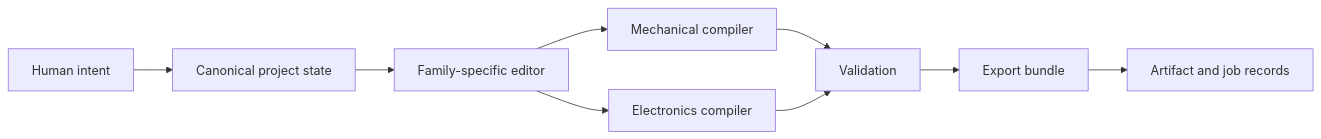
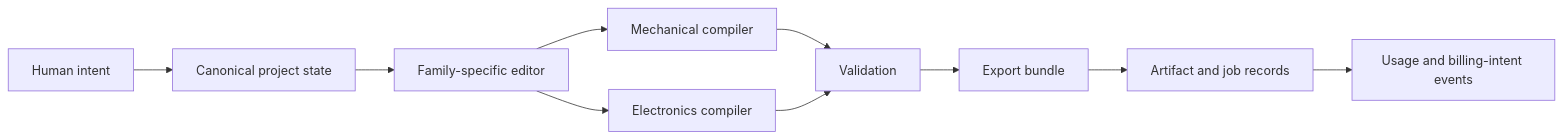
Before and after one commit to Parthawe/BreakGen: the diagram in README.md, drawn with Mermaid. The commit also changed other lines of this file and 22 other files, not shown here.

````diff
--- a/README.md
+++ b/README.md
@@ -117,11 +120,12 @@
 ```mermaid
 flowchart LR
     A["Human intent"] --> B["Canonical project state"]
     B --> C["Family-specific editor"]
     C --> D["Mechanical compiler"]
     C --> E["Electronics compiler"]
     D --> F["Validation"]
     E --> F
     F --> G["Export bundle"]
     G --> H["Artifact and job records"]
+    H --> I["Usage and billing-intent events"]
 ```
````
